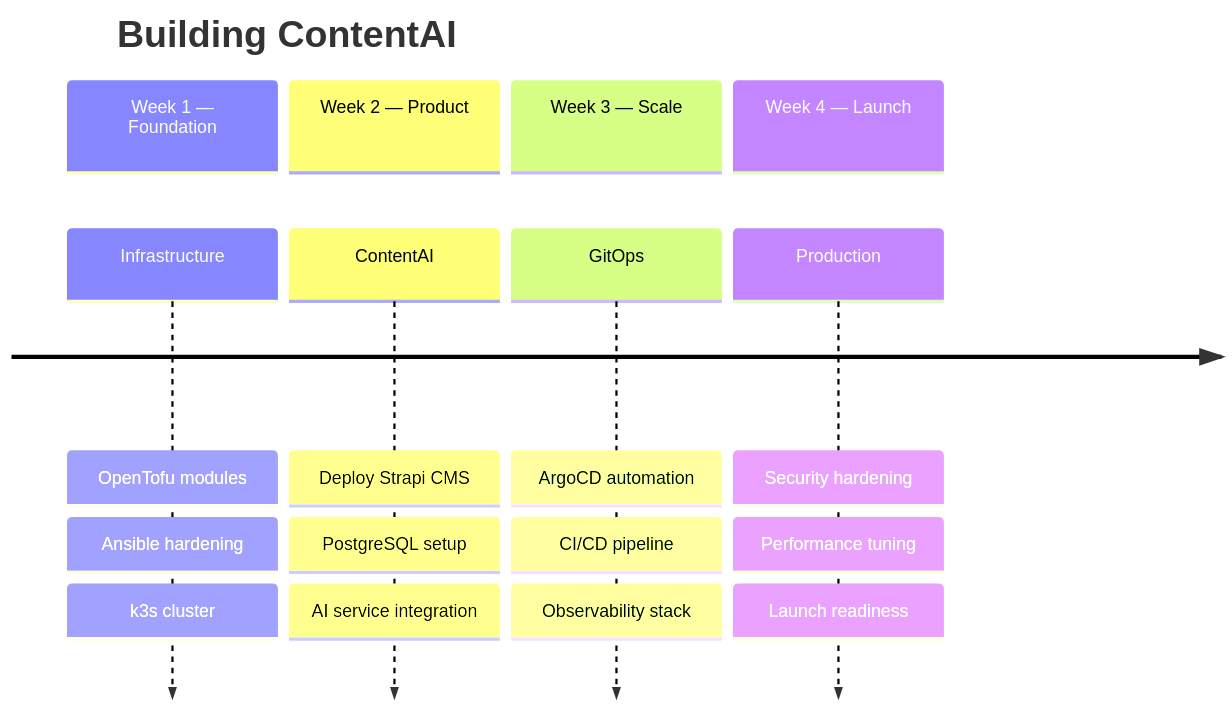
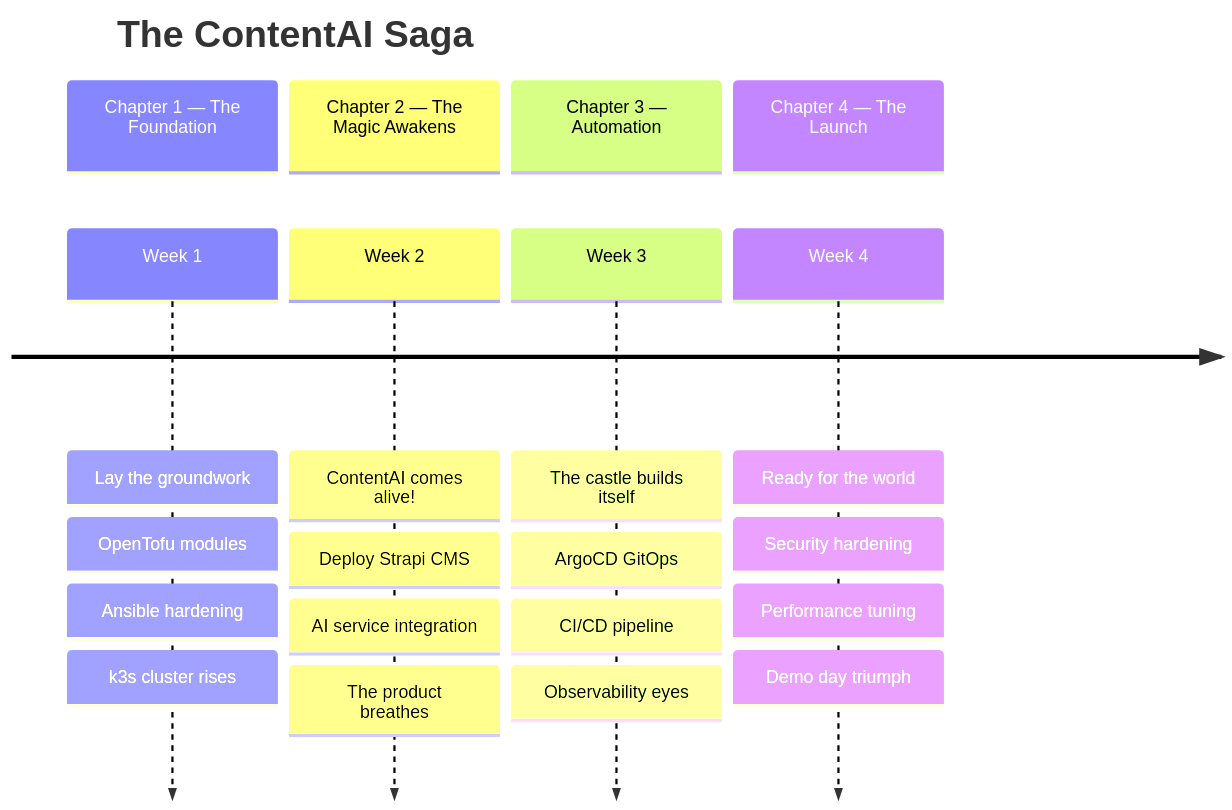
One commit to PearlThoughtsInternship/Internship-Obsidian-Vault changed the fifth of 7 diagrams in DevOps/README.md. Above: the diagram before and after it, drawn with Mermaid. The commit also changed other lines of this file and 1 other file, not shown here.

````diff
--- a/DevOps/README.md
+++ b/DevOps/README.md
@@ -209,20 +265,24 @@
 ```mermaid
 timeline
-    title Building ContentAI
-    section Week 1 — Foundation
-        Infrastructure : OpenTofu modules
-                       : Ansible hardening
-                       : k3s cluster
-    section Week 2 — Product
-        ContentAI : Deploy Strapi CMS
-                  : PostgreSQL setup
-                  : AI service integration
-    section Week 3 — Scale
-        GitOps : ArgoCD automation
+    title The ContentAI Saga
+    section Chapter 1 — The Foundation
+        Week 1 : Lay the groundwork
+               : OpenTofu modules
+               : Ansible hardening
+               : k3s cluster rises
+    section Chapter 2 — The Magic Awakens
+        Week 2 : ContentAI comes alive!
+               : Deploy Strapi CMS
+               : AI service integration
+               : The product breathes
+    section Chapter 3 — Automation
+        Week 3 : The castle builds itself
+               : ArgoCD GitOps
                : CI/CD pipeline
-               : Observability stack
-    section Week 4 — Launch
-        Production : Security hardening
-                   : Performance tuning
-                   : Launch readiness
+               : Observability eyes
+    section Chapter 4 — The Launch
+        Week 4 : Ready for the world
+               : Security hardening
+               : Performance tuning
+               : Demo day triumph
 ```
````
